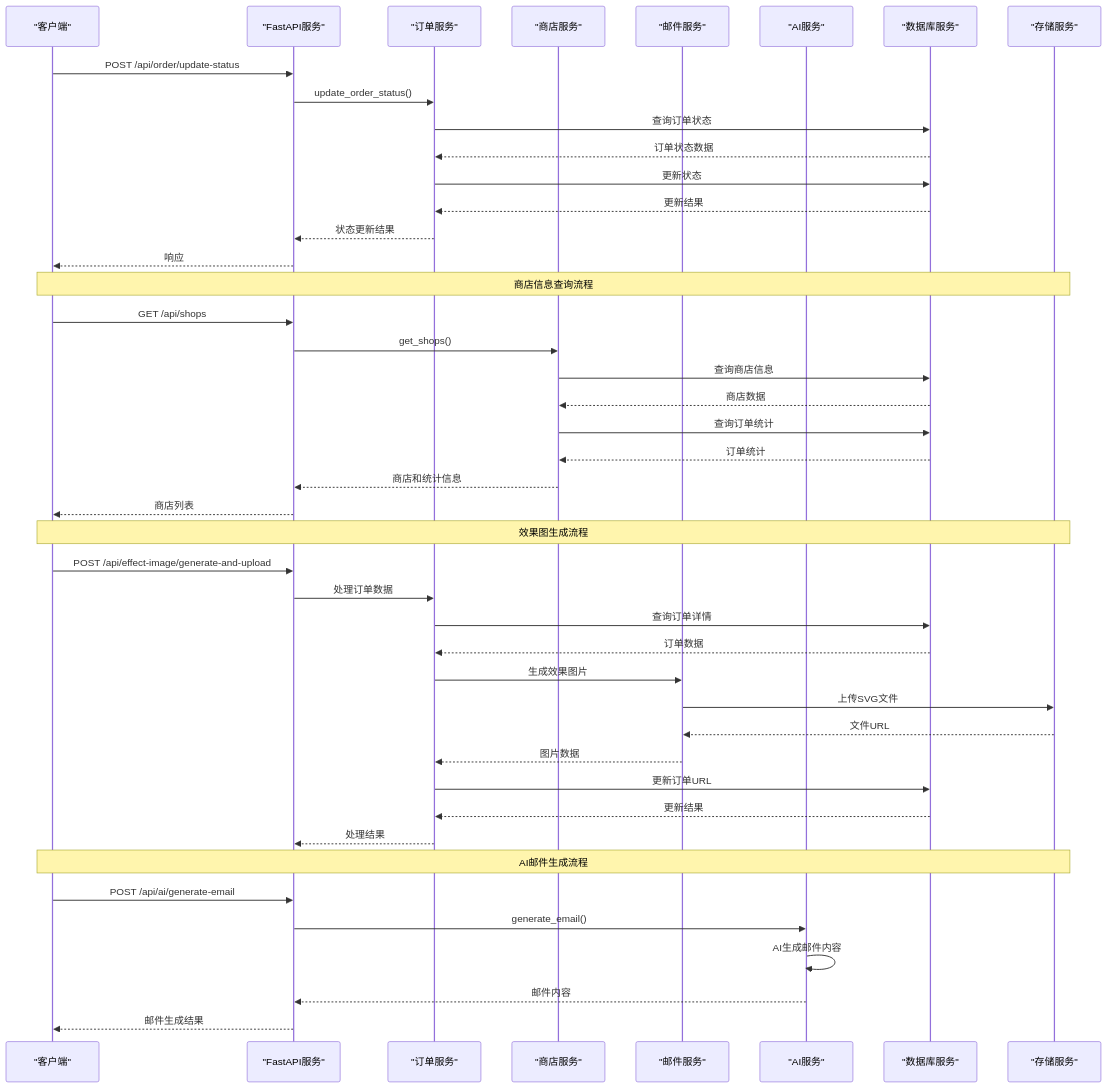
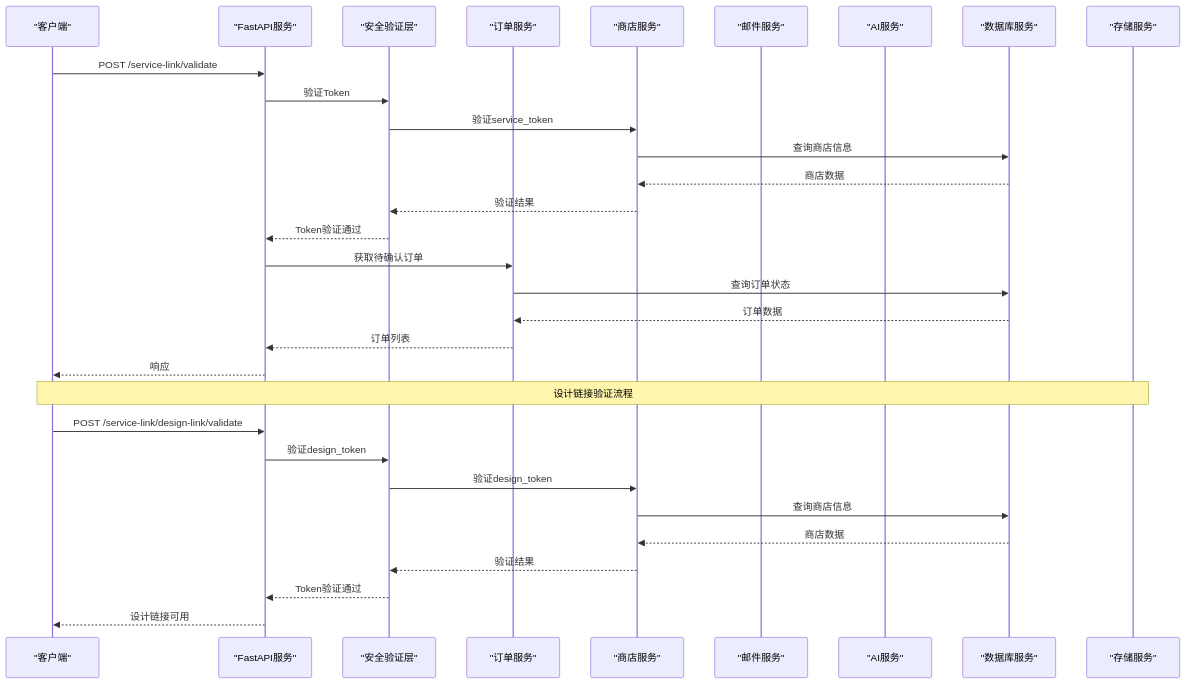
One commit to SY6621/POD-Order-Management changed the third of 27 diagrams in .qoder/repowiki/zh/content/开发指南/订单处理工作流增强.md. Above: the diagram before and after it, drawn with Mermaid. The commit also changed other lines of this file and 8 other files, not shown here.

````diff
--- a/.qoder/repowiki/zh/content/开发指南/订单处理工作流增强.md
+++ b/.qoder/repowiki/zh/content/开发指南/订单处理工作流增强.md
@@ -226,46 +245,33 @@
 ```mermaid
 sequenceDiagram
 participant Client as "客户端"
 participant API as "FastAPI服务"
+participant Security as "安全验证层"
 participant OrderSvc as "订单服务"
 participant ShopSvc as "商店服务"
 participant EmailSvc as "邮件服务"
 participant AISvc as "AI服务"
 participant DB as "数据库服务"
 participant Storage as "存储服务"
-Client->>API : POST /api/order/update-status
-API->>OrderSvc : update_order_status()
-OrderSvc->>DB : 查询订单状态
-DB-->>OrderSvc : 订单状态数据
-OrderSvc->>DB : 更新状态
-DB-->>OrderSvc : 更新结果
-OrderSvc-->>API : 状态更新结果
-API-->>Client : 响应
-Note over Client,Storage : 商店信息查询流程
-Client->>API : GET /api/shops
-API->>ShopSvc : get_shops()
+Client->>API : POST /service-link/validate
+API->>Security : 验证Token
+Security->>ShopSvc : 验证service_token
 ShopSvc->>DB : 查询商店信息
 DB-->>ShopSvc : 商店数据
-ShopSvc->>DB : 查询订单统计
-DB-->>ShopSvc : 订单统计
-ShopSvc-->>API : 商店和统计信息
-API-->>Client : 商店列表
-Note over Client,Storage : 效果图生成流程
-Client->>API : POST /api/effect-image/generate-and-upload
-API->>OrderSvc : 处理订单数据
-OrderSvc->>DB : 查询订单详情
+ShopSvc-->>Security : 验证结果
+Security-->>API : Token验证通过
+API->>OrderSvc : 获取待确认订单
+OrderSvc->>DB : 查询订单状态
 DB-->>OrderSvc : 订单数据
-OrderSvc->>EmailSvc : 生成效果图片
-EmailSvc->>Storage : 上传SVG文件
-Storage-->>EmailSvc : 文件URL
-EmailSvc-->>OrderSvc : 图片数据
-OrderSvc->>DB : 更新订单URL
-DB-->>OrderSvc : 更新结果
-OrderSvc-->>API : 处理结果
-Note over Client,Storage : AI邮件生成流程
-Client->>API : POST /api/ai/generate-email
-API->>AISvc : generate_email()
-AISvc->>AISvc : AI生成邮件内容
-AISvc-->>API : 邮件内容
-API-->>Client : 邮件生成结果
+OrderSvc-->>API : 订单列表
+API-->>Client : 响应
+Note over Client,Storage : 设计链接验证流程
+Client->>API : POST /service-link/design-link/validate
+API->>Security : 验证design_token
+Security->>ShopSvc : 验证design_token
+ShopSvc->>DB : 查询商店信息
+DB-->>ShopSvc : 商店数据
+ShopSvc-->>Security : 验证结果
+Security-->>API : Token验证通过
+API-->>Client : 设计链接可用
 ```
````
